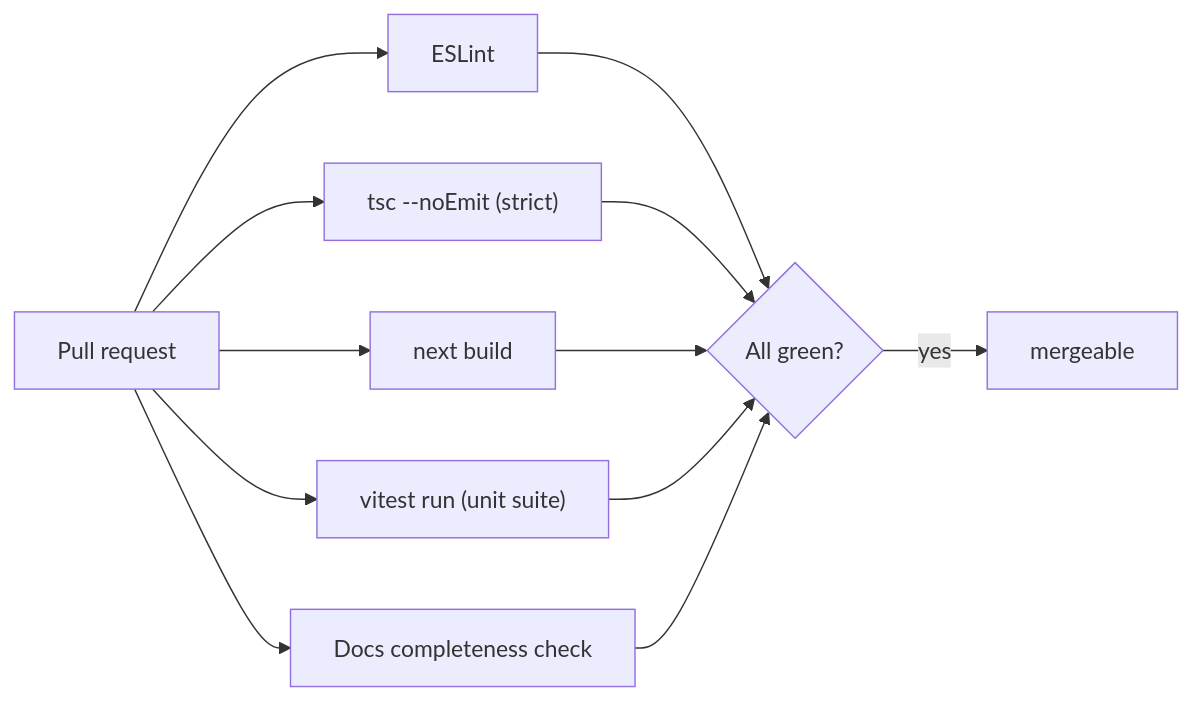
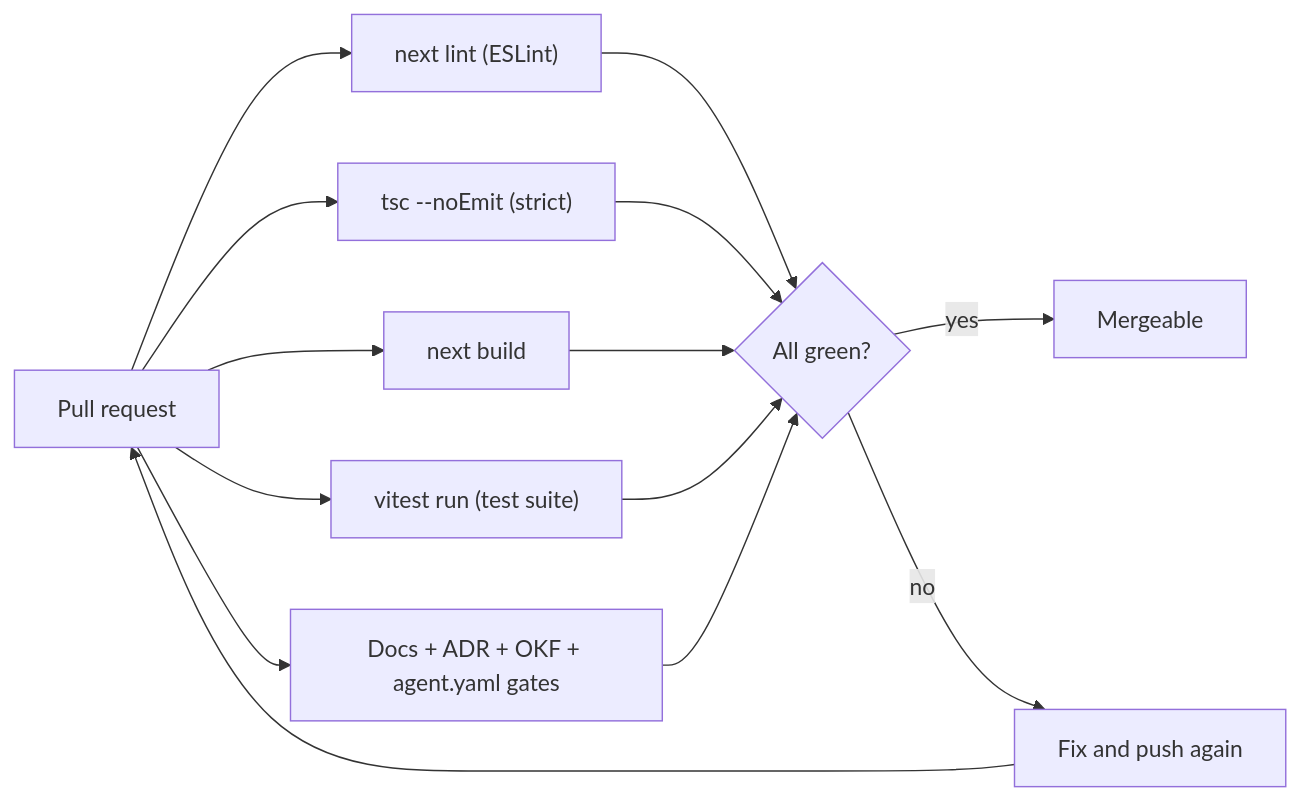
The diagram in docs/testing/README.md (markdconnelly/ImperionCRM), drawn with Mermaid before and after one commit. The commit also changed other lines of this file and 7 other files, not shown here.

````diff
--- a/docs/testing/README.md
+++ b/docs/testing/README.md
@@ -10,10 +22,12 @@
 ```mermaid
 flowchart LR
-    PR["Pull request"] --> LINT["ESLint"]
+    PR["Pull request"] --> LINT["next lint (ESLint)"]
     PR --> TYPES["tsc --noEmit (strict)"]
     PR --> BUILD["next build"]
-    PR --> TEST["vitest run (unit suite)"]
-    PR --> DOCS["Docs completeness check"]
+    PR --> TEST["vitest run (test suite)"]
+    PR --> DOCS["Docs + ADR + OKF + agent.yaml gates"]
     LINT & TYPES & BUILD & TEST & DOCS --> MERGE{"All green?"}
-    MERGE -->|yes| OK["mergeable"]
+    MERGE -->|yes| OK["Mergeable"]
+    MERGE -->|no| FIX["Fix and push again"]
+    FIX --> PR
 ```
````
